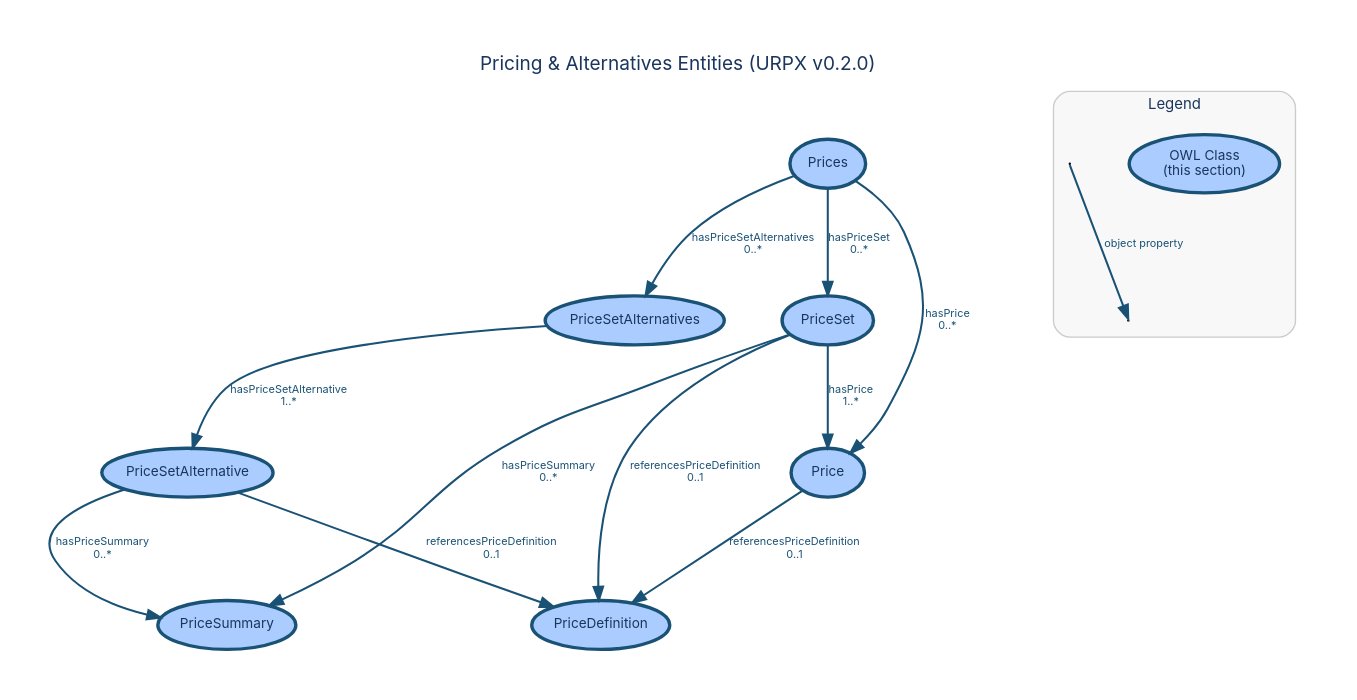
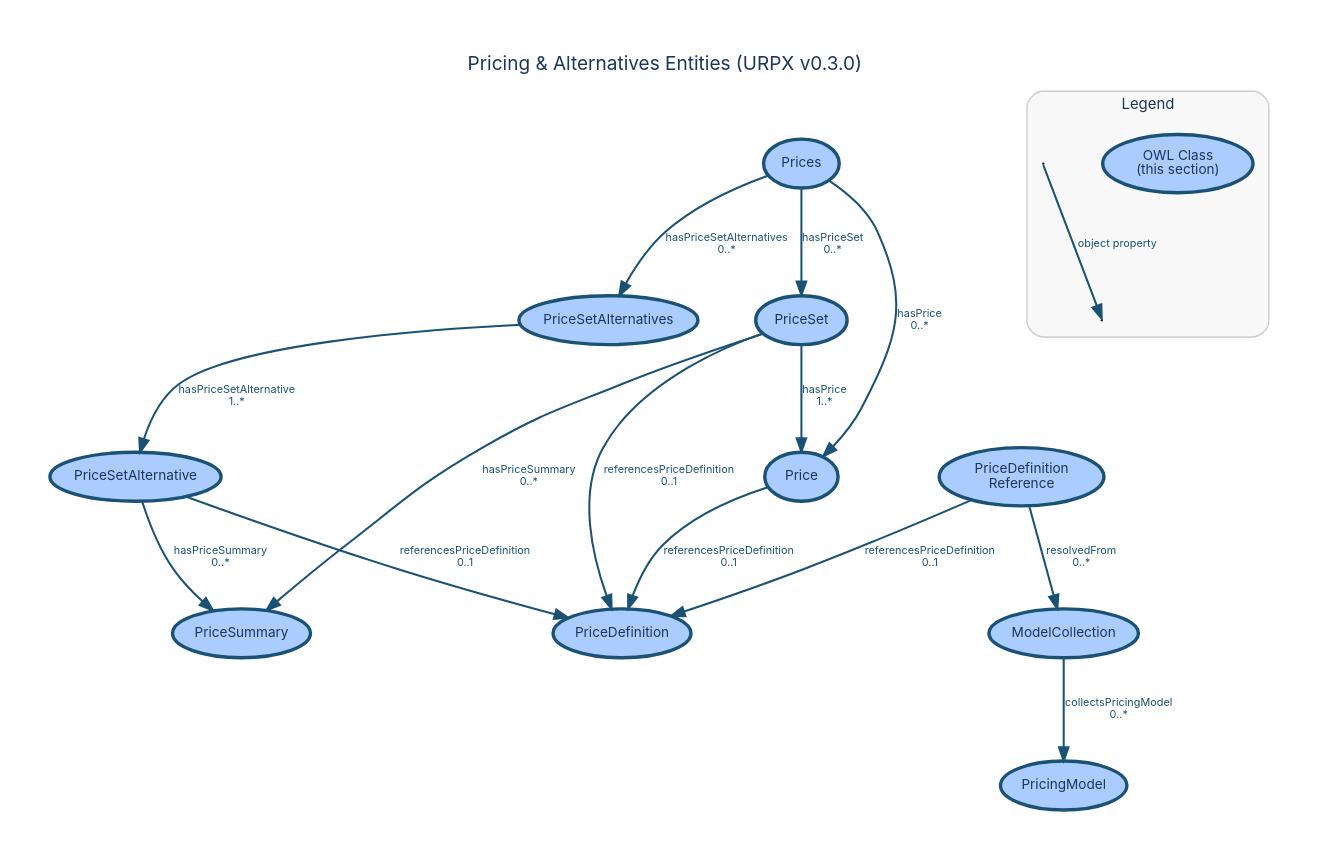
The diagram in documentation/diagrams/dictionary/pricing-alternatives-entities.dot (urpx-org/urpx), drawn with Graphviz before and after one commit. The commit also changed 52 other files, not shown here.

First line of the commit message:
Reword ambiguous bare "rate" in ontology annotations to "rate plan," "price," or "cost", Regenerate data dictionary and diagrams for v0.3.0; add v0.3.0 release notes draft

```diff
--- a/documentation/diagrams/dictionary/pricing-alternatives-entities.dot
+++ b/documentation/diagrams/dictionary/pricing-alternatives-entities.dot
@@ -1,98 +1,119 @@
 digraph "Pricing & Alternatives Entities" {
     rankdir=TB;
     bgcolor="white";
     pad=0.4;
     nodesep=0.6;
     ranksep=0.8;
     fontname="Inter, Helvetica, Arial, sans-serif";
-    label="Pricing & Alternatives Entities (URPX v0.2.0)";
+    label="Pricing & Alternatives Entities (URPX v0.3.0)";
     labelloc="t";
     fontsize=14;
     fontcolor="#1a365d";
     node [fontname="Inter, Helvetica, Arial, sans-serif", fontsize=10, style=filled, fontcolor="#1a365d"];
     edge [fontname="Inter, Helvetica, Arial, sans-serif", fontsize=8, fontcolor="#1a365d"];
 
     // Section classes
+    PricingModel [
+        label="PricingModel"
+        shape=ellipse, fillcolor="#aaccff", color="#1a5276", penwidth=2.5
+    ];
+    ModelCollection [
+        label="ModelCollection"
+        shape=ellipse, fillcolor="#aaccff", color="#1a5276", penwidth=2.5
+    ];
     Prices [
         label="Prices"
         shape=ellipse, fillcolor="#aaccff", color="#1a5276", penwidth=2.5
     ];
     PriceSet [
         label="PriceSet"
         shape=ellipse, fillcolor="#aaccff", color="#1a5276", penwidth=2.5
     ];
     PriceSetAlternative [
         label="PriceSetAlternative"
         shape=ellipse, fillcolor="#aaccff", color="#1a5276", penwidth=2.5
     ];
     PriceSetAlternatives [
         label="PriceSetAlternatives"
         shape=ellipse, fillcolor="#aaccff", color="#1a5276", penwidth=2.5
     ];
     Price [
         label="Price"
         shape=ellipse, fillcolor="#aaccff", color="#1a5276", penwidth=2.5
     ];
     PriceDefinition [
         label="PriceDefinition"
         shape=ellipse, fillcolor="#aaccff", color="#1a5276", penwidth=2.5
     ];
+    PriceDefinitionReference [
+        label="PriceDefinition\nReference"
+        shape=ellipse, fillcolor="#aaccff", color="#1a5276", penwidth=2.5
+    ];
     PriceSummary [
         label="PriceSummary"
         shape=ellipse, fillcolor="#aaccff", color="#1a5276", penwidth=2.5
     ];
 
     // Object property edges
+    ModelCollection -> PricingModel [
+        label="collectsPricingModel\n0..*", color="#1a5276", fontcolor="#1a5276", penwidth=1.5
+    ];
     Prices -> Price [
         label="hasPrice\n0..*", color="#1a5276", fontcolor="#1a5276", penwidth=1.5
     ];
     Prices -> PriceSet [
         label="hasPriceSet\n0..*", color="#1a5276", fontcolor="#1a5276", penwidth=1.5, weight=10
     ];
     Prices -> PriceSetAlternatives [
         label="hasPriceSetAlternatives\n0..*", color="#1a5276", fontcolor="#1a5276", penwidth=1.5, weight=8
     ];
     PriceSet -> Price [
         label="hasPrice\n1..*", color="#1a5276", fontcolor="#1a5276", penwidth=1.5, weight=8
     ];
     PriceSet -> PriceSummary [
         label="hasPriceSummary\n0..*", color="#1a5276", fontcolor="#1a5276", penwidth=1.5
     ];
     PriceSet -> PriceDefinition [
         label="referencesPriceDefinition\n0..1", color="#1a5276", fontcolor="#1a5276", penwidth=1.5
     ];
     PriceSetAlternative -> PriceSummary [
         label="hasPriceSummary\n0..*", color="#1a5276", fontcolor="#1a5276", penwidth=1.5
     ];
     PriceSetAlternative -> PriceDefinition [
         label="referencesPriceDefinition\n0..1", color="#1a5276", fontcolor="#1a5276", penwidth=1.5
     ];
     PriceSetAlternatives -> PriceSetAlternative [
         label="hasPriceSetAlternative\n1..*", color="#1a5276", fontcolor="#1a5276", penwidth=1.5
     ];
     Price -> PriceDefinition [
         label="referencesPriceDefinition\n0..1", color="#1a5276", fontcolor="#1a5276", penwidth=1.5
     ];
+    PriceDefinitionReference -> PriceDefinition [
+        label="referencesPriceDefinition\n0..1", color="#1a5276", fontcolor="#1a5276", penwidth=1.5
+    ];
+    PriceDefinitionReference -> ModelCollection [
+        label="resolvedFrom\n0..*", color="#1a5276", fontcolor="#1a5276", penwidth=1.5
+    ];
 
     // Layout-specified rank groups
     { rank=same; Prices; }
     { rank=same; PriceSet; PriceSetAlternatives; }
     { rank=same; PriceSetAlternative; Price; }
     { rank=same; PriceDefinition; PriceSummary; }
 
     subgraph cluster_legend {
         label="Legend";
         fontname="Inter, Helvetica, Arial, sans-serif";
         fontsize=11;
         fontcolor="#1a365d";
         style=rounded;
         color="#cccccc";
         bgcolor="#f8f8f8";
         margin=12;
 
         leg_class [label="OWL Class\n(this section)", shape=ellipse, fillcolor="#aaccff", color="#1a5276", penwidth=2.5];
         leg_src [label=" ", shape=point, width=0.01];
         leg_tgt1 [label=" ", shape=point, width=0.01];
         leg_src -> leg_tgt1 [label="object property", color="#1a5276", fontcolor="#1a5276", penwidth=1.5];
     }
 }
```
